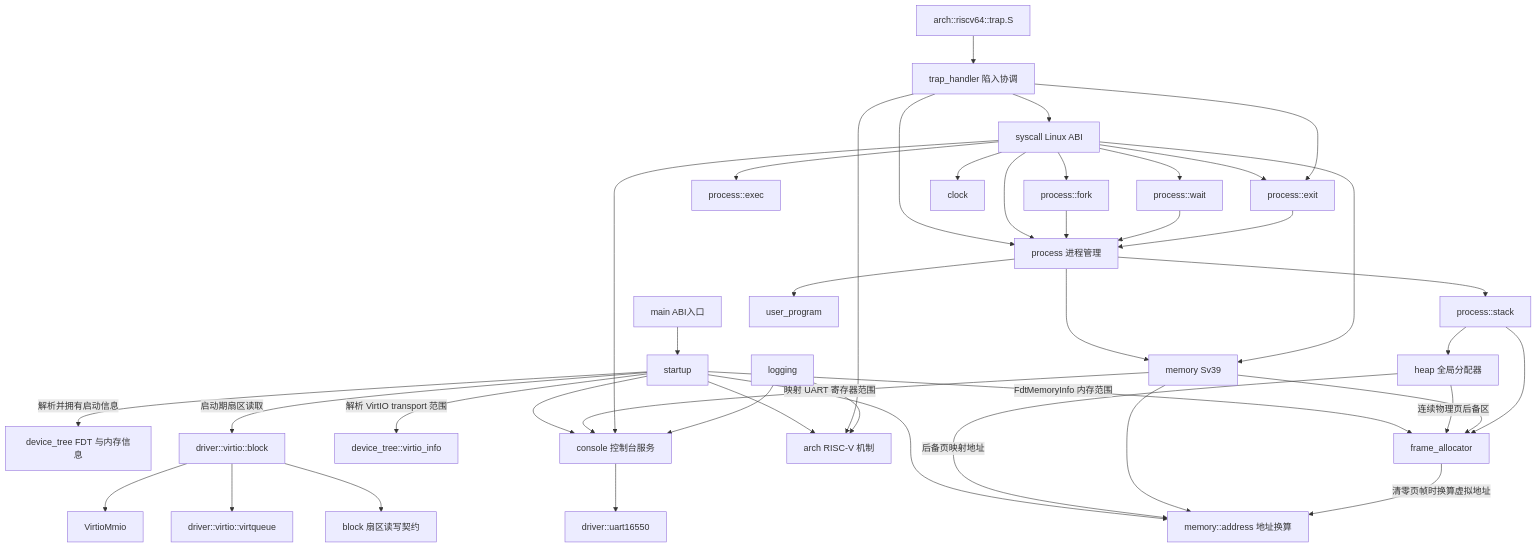
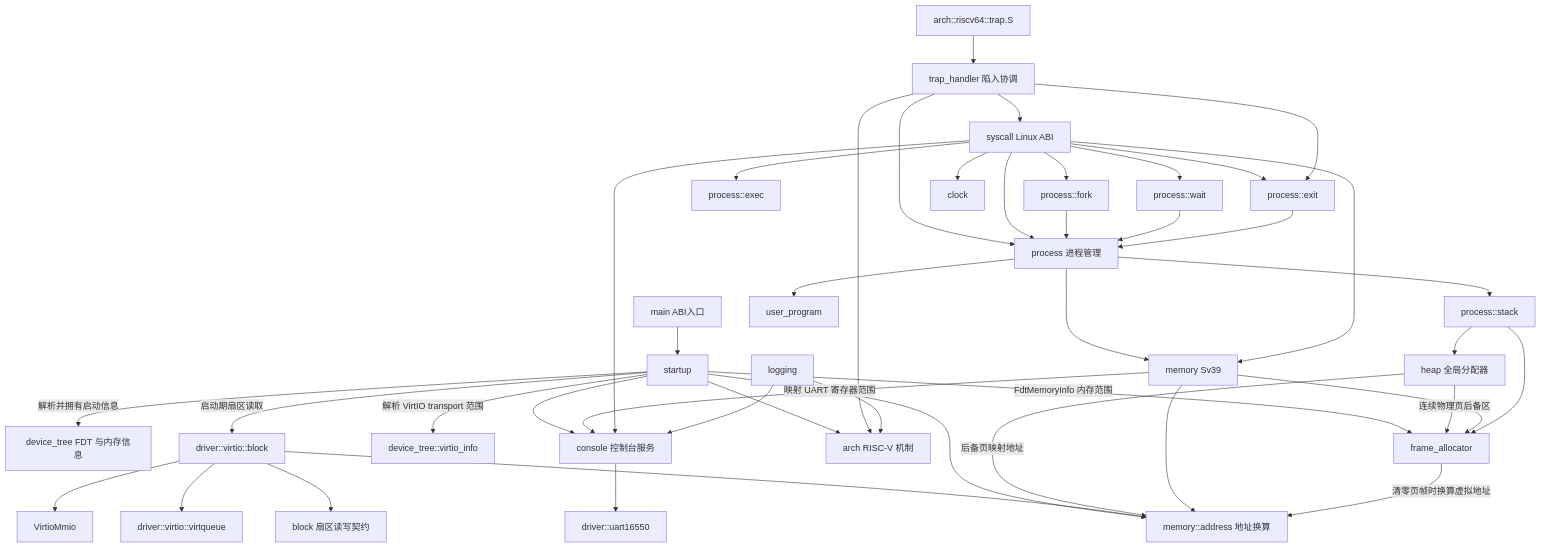
Before and after one commit to logeable/fullemu: the diagram in docs/architecture.md, drawn with Mermaid. The commit also changed other lines of this file and 3 other files, not shown here.

````diff
--- a/docs/architecture.md
+++ b/docs/architecture.md
@@ -83,45 +83,46 @@
 ```mermaid
 flowchart TD
     Main[main ABI入口] --> Startup[startup]
     Startup -->|解析并拥有启动信息| DeviceTree[device_tree FDT 与内存信息]
     Startup --> Address[memory::address 地址换算]
     Startup -->|FdtMemoryInfo 内存范围| Frames[frame_allocator]
     Startup -->|解析 VirtIO transport 范围| VirtioInfo[device_tree::virtio_info]
     Startup -->|启动期扇区读取| VirtioBlock[driver::virtio::block]
     VirtioBlock --> Block[block 扇区读写契约]
+    VirtioBlock --> Address[memory::address 地址换算]
     VirtioBlock --> VirtioQueue[driver::virtio::virtqueue]
     VirtioBlock --> VirtioMmio
     Heap[heap 全局分配器] -->|连续物理页后备区| Frames
     Heap -->|后备页映射地址| Address[memory::address 地址换算]
     Startup --> Arch[arch RISC-V 机制]
     Console[console 控制台服务]
     Console --> Uart[driver::uart16550]
     Startup --> Console
     ArchTrap[arch::riscv64::trap.S] --> TrapHandler[trap_handler 陷入协调]
     TrapHandler --> Arch
     TrapHandler --> Syscall[syscall Linux ABI]
     TrapHandler --> Process[process 进程管理]
     Syscall --> Process[process 进程管理]
     Syscall --> Fork[process::fork]
     Syscall --> Exec[process::exec]
     Syscall --> Wait[process::wait]
     Syscall --> Exit[process::exit]
     TrapHandler --> Exit
     Fork --> Process
     Wait --> Process
     Exit --> Process
     Memory[memory Sv39] --> Frames
     Memory --> Address
     Frames -->|清零页帧时换算虚拟地址| Address
     Memory -->|映射 UART 寄存器范围| Console
     Process --> Memory
     Process --> Stack[process::stack]
     Stack --> Heap
     Stack --> Frames
     Process --> Program[user_program]
     Syscall --> Memory
     Syscall --> Clock[clock]
     Syscall --> Console
     Logging[logging] --> Console
     Logging --> Arch
 ```
````
